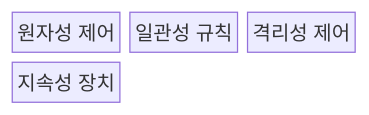
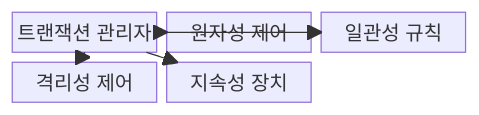
Before and after one commit to agnusdei1207/knowledge-base: the first of 2 diagrams in src/content/docs/notes/03-software/085_transaction_acid.md, drawn with Mermaid. The commit also changed other lines of this file and 20 other files, not shown here.

````diff
--- a/src/content/docs/notes/03-software/085_transaction_acid.md
+++ b/src/content/docs/notes/03-software/085_transaction_acid.md
@@ -61,8 +64,13 @@
 ```mermaid
-block-beta
+block
   columns 3
+  T["트랜잭션 관리자"]
   A["원자성 제어"]
   C["일관성 규칙"]
   I["격리성 제어"]
   D["지속성 장치"]
+  T --> A
+  T --> C
+  T --> I
+  T --> D
 ```
````
